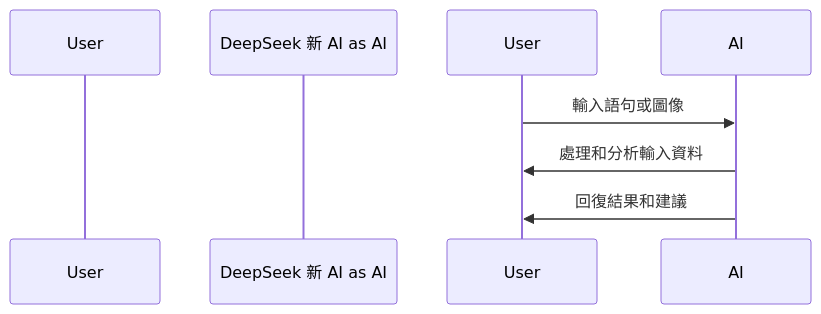
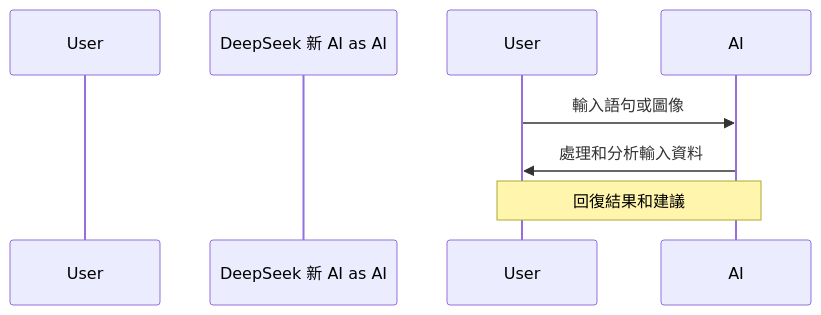
Before and after one commit to a920604a/engineernews: the diagram in src/content/posts/tech/_2026-05-23-deepseeks-new-ai-is-a-game-changer.md, drawn with Mermaid. The commit also changed 4 other files, not shown here.

Commit message:
fix: auto-fix mermaid syntax errors in posts

````diff
--- a/src/content/posts/tech/_2026-05-23-deepseeks-new-ai-is-a-game-changer.md
+++ b/src/content/posts/tech/_2026-05-23-deepseeks-new-ai-is-a-game-changer.md
@@ -29,8 +29,8 @@
 ```mermaid
 sequenceDiagram
     participant 人用戶 as User
     participant DeepSeek 新 AI as AI
     User->>AI: 輸入語句或圖像
     AI->>User: 處理和分析輸入資料
-    AI->>User: 回復結果和建議
+    Note over User,AI: 回復結果和建議
 ```
````
